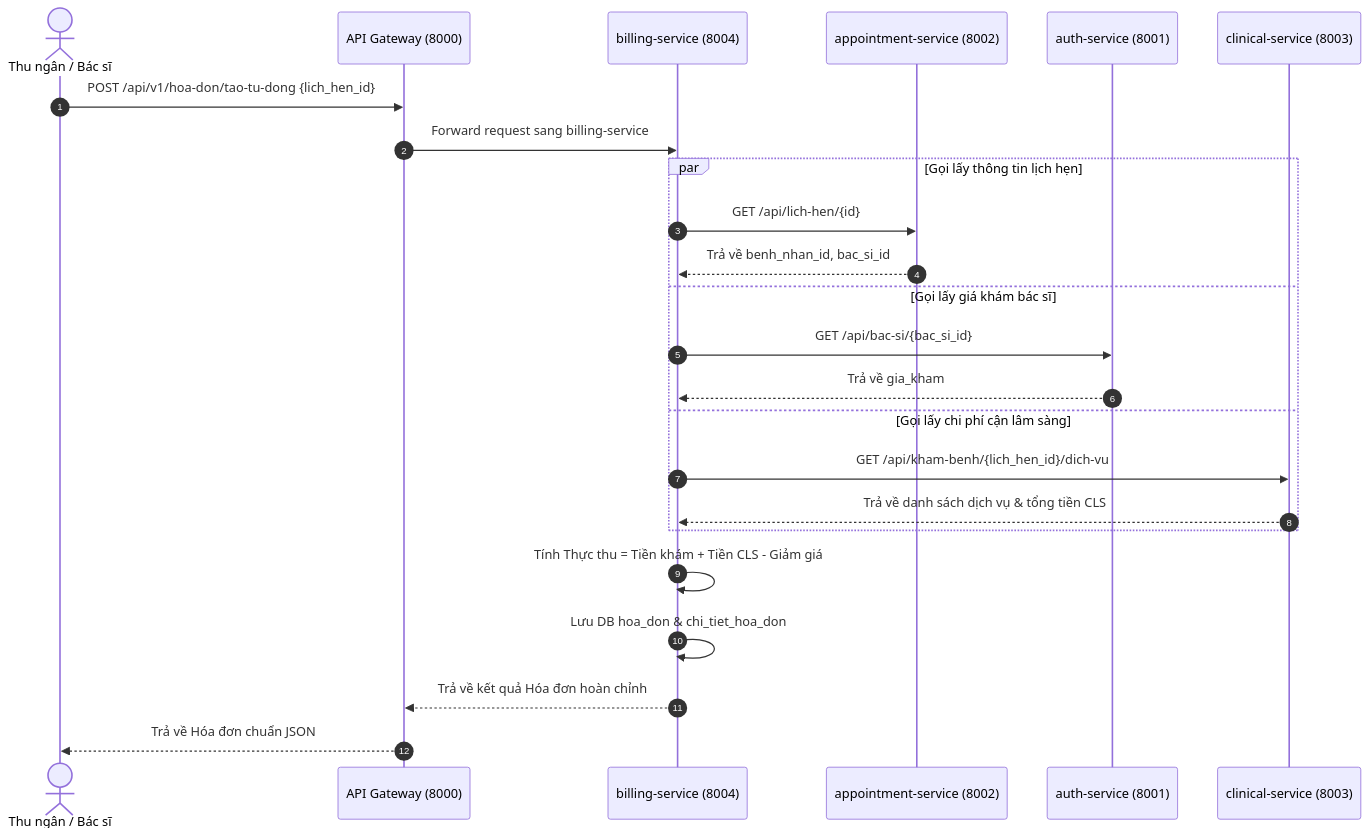
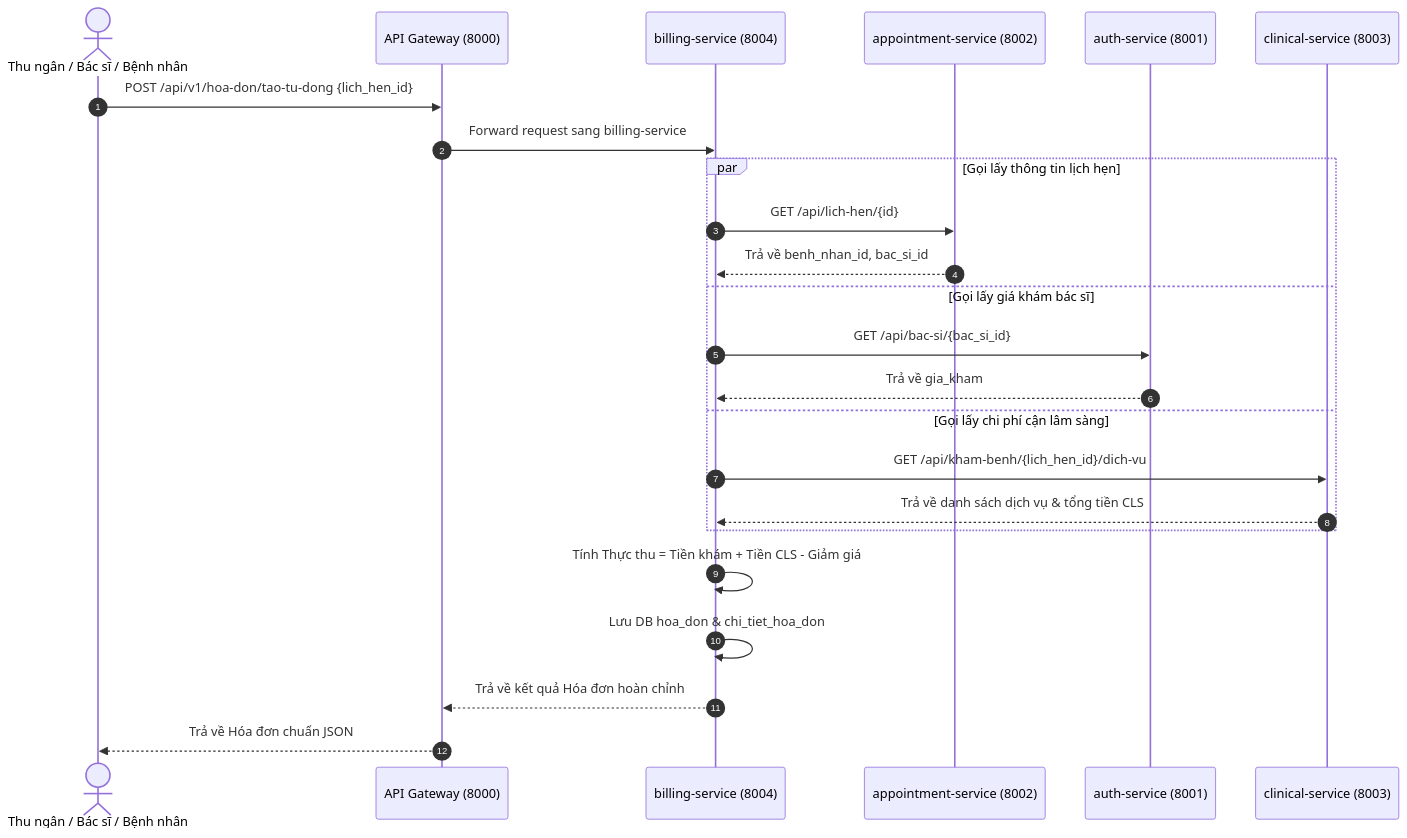
Before and after one commit to 2311060512-cloud/quanlyphongkham: the diagram in NGUOI_4_HOA_DON_THANH_TOAN.md, drawn with Mermaid. The commit also changed other lines of this file and 7 other files, not shown here.

````diff
--- a/NGUOI_4_HOA_DON_THANH_TOAN.md
+++ b/NGUOI_4_HOA_DON_THANH_TOAN.md
@@ -75,27 +93,27 @@
 ```mermaid
 sequenceDiagram
     autonumber
-    actor Admin as Thu ngân / Bác sĩ
+    actor Admin as Thu ngân / Bác sĩ / Bệnh nhân
     participant GW as API Gateway (8000)
     participant Bill as billing-service (8004)
     participant Appt as appointment-service (8002)
     participant Auth as auth-service (8001)
     participant Clin as clinical-service (8003)
 
     Admin->>GW: POST /api/v1/hoa-don/tao-tu-dong {lich_hen_id}
     GW->>Bill: Forward request sang billing-service
     par Gọi lấy thông tin lịch hẹn
         Bill->>Appt: GET /api/lich-hen/{id}
         Appt-->>Bill: Trả về benh_nhan_id, bac_si_id
     and Gọi lấy giá khám bác sĩ
         Bill->>Auth: GET /api/bac-si/{bac_si_id}
         Auth-->>Bill: Trả về gia_kham
     and Gọi lấy chi phí cận lâm sàng
         Bill->>Clin: GET /api/kham-benh/{lich_hen_id}/dich-vu
         Clin-->>Bill: Trả về danh sách dịch vụ & tổng tiền CLS
     end
     Bill->>Bill: Tính Thực thu = Tiền khám + Tiền CLS - Giảm giá
     Bill->>Bill: Lưu DB hoa_don & chi_tiet_hoa_don
     Bill-->>GW: Trả về kết quả Hóa đơn hoàn chỉnh
     GW-->>Admin: Trả về Hóa đơn chuẩn JSON
 ```
````
